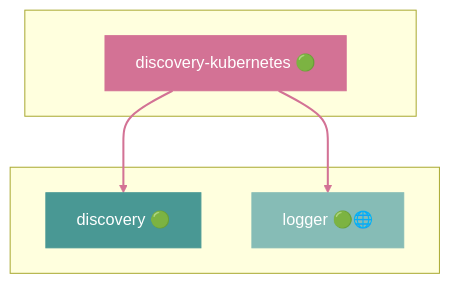
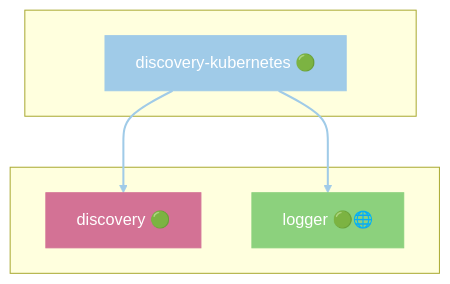
Diagram 17 of 48 in docs/DEPENDENCIES.md (grest-ts/grest-ts), drawn with Mermaid before and after one commit. The commit also changed other lines of this file and 62 other files, not shown here.

````diff
--- a/docs/DEPENDENCIES.md
+++ b/docs/DEPENDENCIES.md
@@ -973,17 +1013,17 @@
 ```mermaid
 flowchart TB
     subgraph Package[" "]
         discovery-kubernetes["discovery-kubernetes 🟢"]
     end
     subgraph Dependencies[" "]
         discovery["discovery 🟢"]
         logger["logger 🟢🌐"]
     end
     discovery-kubernetes --> discovery
     discovery-kubernetes --> logger
-    style discovery-kubernetes fill:#D37295,stroke:#D37295,color:#fff
-    style discovery fill:#499894,stroke:#499894,color:#fff
-    style logger fill:#86BCB6,stroke:#86BCB6,color:#fff
-    linkStyle 0 stroke:#D37295,stroke-width:2px
-    linkStyle 1 stroke:#D37295,stroke-width:2px
+    style discovery-kubernetes fill:#A0CBE8,stroke:#A0CBE8,color:#fff
+    style discovery fill:#D37295,stroke:#D37295,color:#fff
+    style logger fill:#8CD17D,stroke:#8CD17D,color:#fff
+    linkStyle 0 stroke:#A0CBE8,stroke-width:2px
+    linkStyle 1 stroke:#A0CBE8,stroke-width:2px
 ```
````
